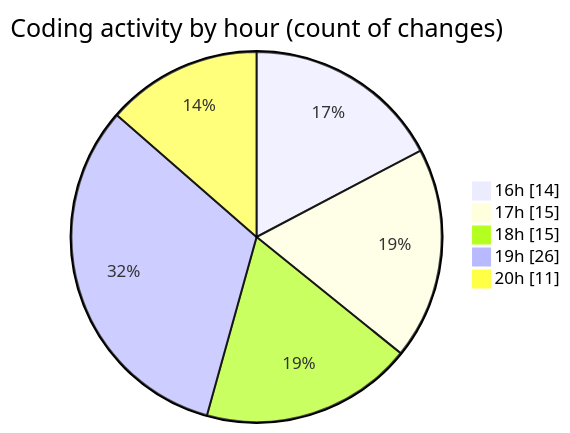
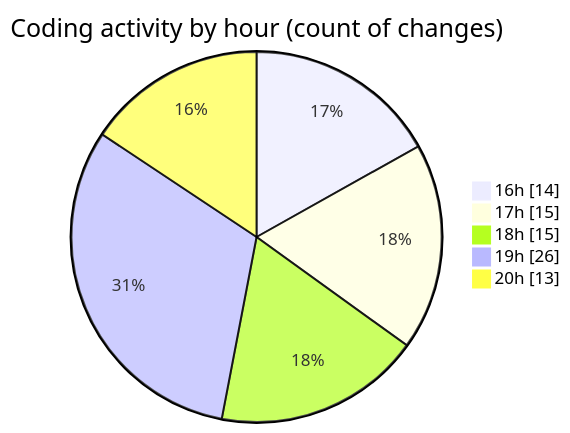
Before and after one commit to Elitesun/code-tracking: the second of 2 diagrams in 2025-01-31/flask/README.md, drawn with Mermaid. The commit also changed other lines of this file and 1 other file, not shown here.

````diff
--- a/2025-01-31/flask/README.md
+++ b/2025-01-31/flask/README.md
@@ -38,9 +38,9 @@
 ```mermaid
 pie showData
 title Coding activity by hour (count of changes)
 "16h" : 14
 "17h" : 15
 "18h" : 15
 "19h" : 26
-"20h" : 11
+"20h" : 13
 ```
````
